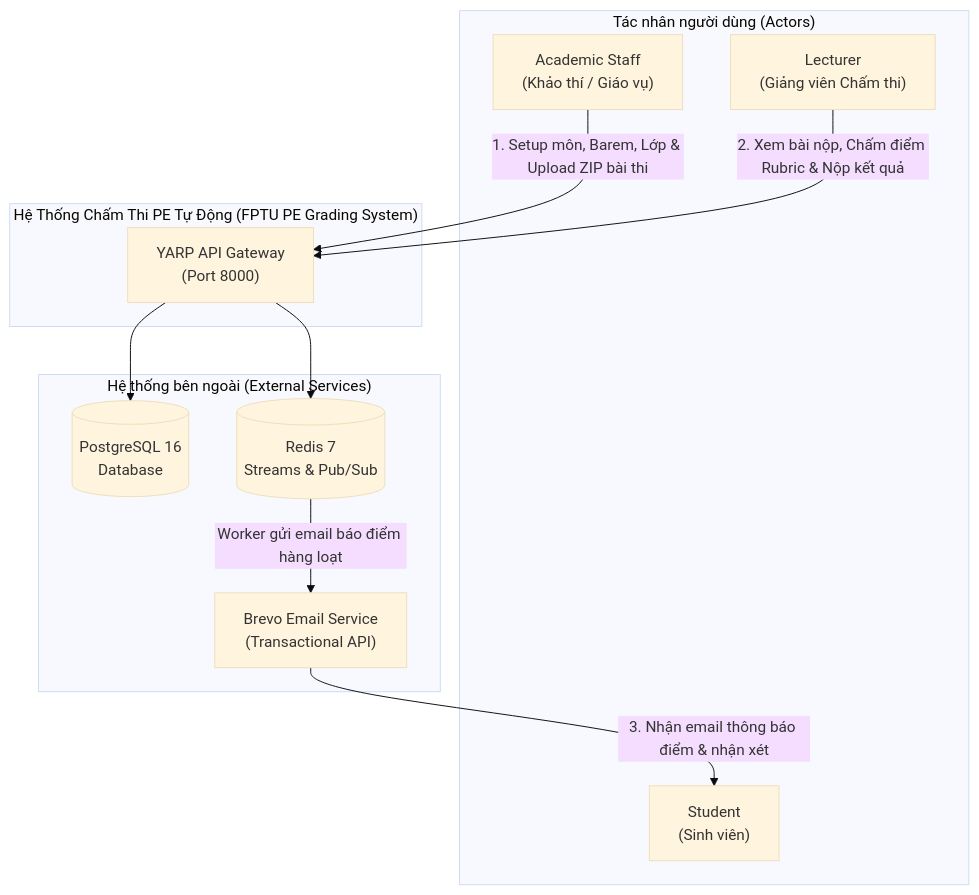
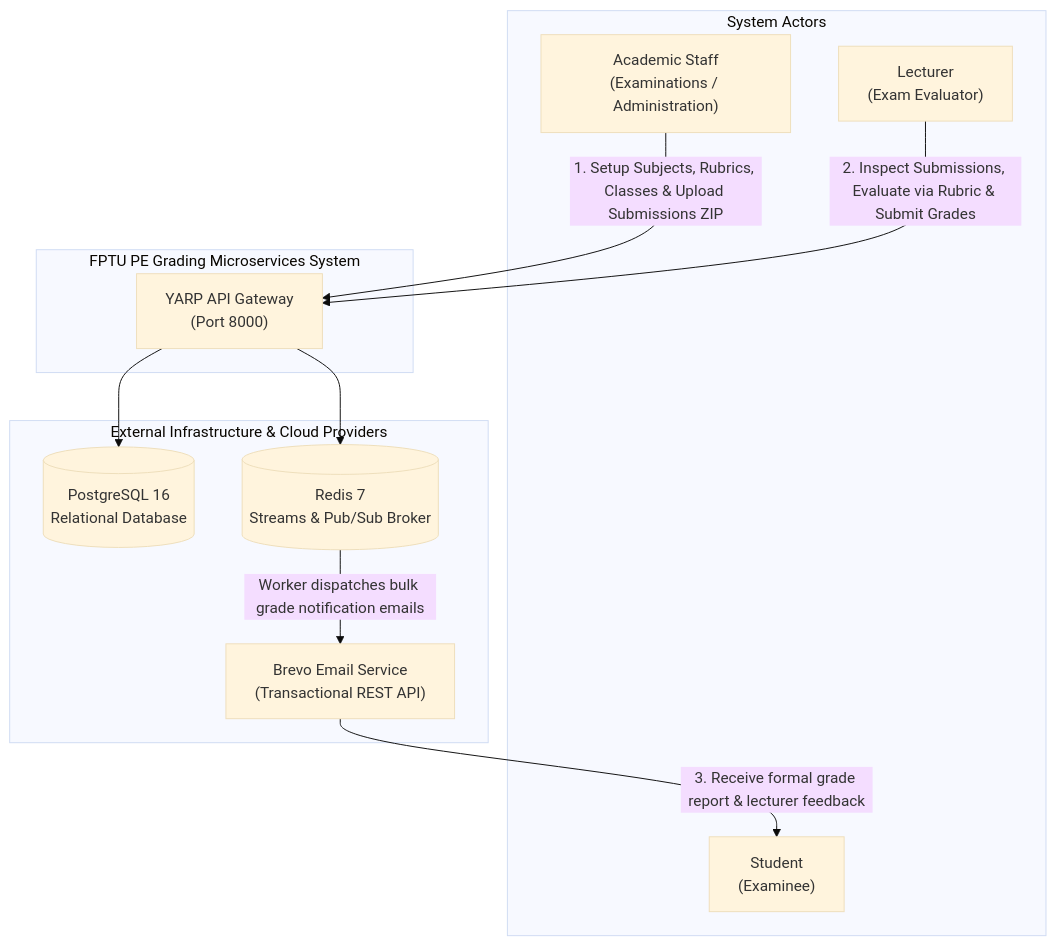
The first of 5 diagrams in README.md (NguyenDuyKhoii/GradingSystem), drawn with Mermaid (base theme) before and after one commit. The commit also changed other lines of this file, not shown here.

Commit message:
docs: translate entire architecture README to English

````diff
--- a/README.md
+++ b/README.md
@@ -62,25 +67,25 @@
 ```mermaid
 graph TD
-    subgraph Users ["Tác nhân người dùng (Actors)"]
-        A["Academic Staff<br/>(Khảo thí / Giáo vụ)"]
-        L["Lecturer<br/>(Giảng viên Chấm thi)"]
-        S["Student<br/>(Sinh viên)"]
+    subgraph Users ["System Actors"]
+        A["Academic Staff<br/>(Examinations / Administration)"]
+        L["Lecturer<br/>(Exam Evaluator)"]
+        S["Student<br/>(Examinee)"]
     end
 
-    subgraph System ["Hệ Thống Chấm Thi PE Tự Động (FPTU PE Grading System)"]
+    subgraph System ["FPTU PE Grading Microservices System"]
         GW["YARP API Gateway<br/>(Port 8000)"]
     end
 
-    subgraph External ["Hệ thống bên ngoài (External Services)"]
-        BREVO["Brevo Email Service<br/>(Transactional API)"]
-        POSTGRES[("PostgreSQL 16<br/>Database")]
-        REDIS[("Redis 7<br/>Streams & Pub/Sub")]
+    subgraph External ["External Infrastructure & Cloud Providers"]
+        BREVO["Brevo Email Service<br/>(Transactional REST API)"]
+        POSTGRES[("PostgreSQL 16<br/>Relational Database")]
+        REDIS[("Redis 7<br/>Streams & Pub/Sub Broker")]
     end
 
-    A -->|1. Setup môn, Barem, Lớp & Upload ZIP bài thi| GW
-    L -->|2. Xem bài nộp, Chấm điểm Rubric & Nộp kết quả| GW
+    A -->|1. Setup Subjects, Rubrics, Classes & Upload Submissions ZIP| GW
+    L -->|2. Inspect Submissions, Evaluate via Rubric & Submit Grades| GW
     GW --> POSTGRES
     GW --> REDIS
-    REDIS -->|Worker gửi email báo điểm hàng loạt| BREVO
-    BREVO -->|3. Nhận email thông báo điểm & nhận xét| S
+    REDIS -->|Worker dispatches bulk grade notification emails| BREVO
+    BREVO -->|3. Receive formal grade report & lecturer feedback| S
 ```
````
